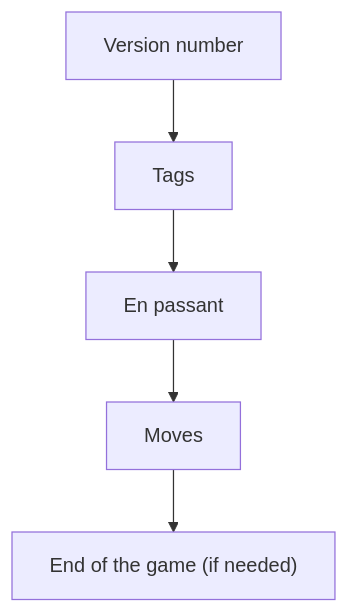
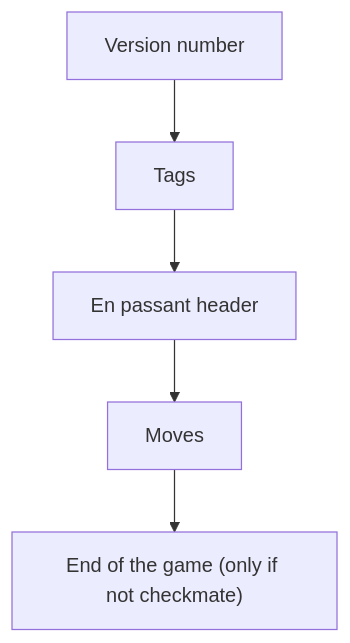
Before and after one commit to Chi-Iroh/PGN-Compressor: the diagram in README.md, drawn with Mermaid. The commit also changed other lines of this file, not shown here.

````diff
--- a/README.md
+++ b/README.md
@@ -621,7 +631,7 @@
 ```mermaid
 graph TD
     A[Version number] --> B[Tags];
-    B --> C[En passant];
+    B --> C[En passant header];
     C --> D[Moves];
-    D --> E["End of the game (if needed)"];
+    D --> E["End of the game (only if not checkmate)"];
 ```
````
